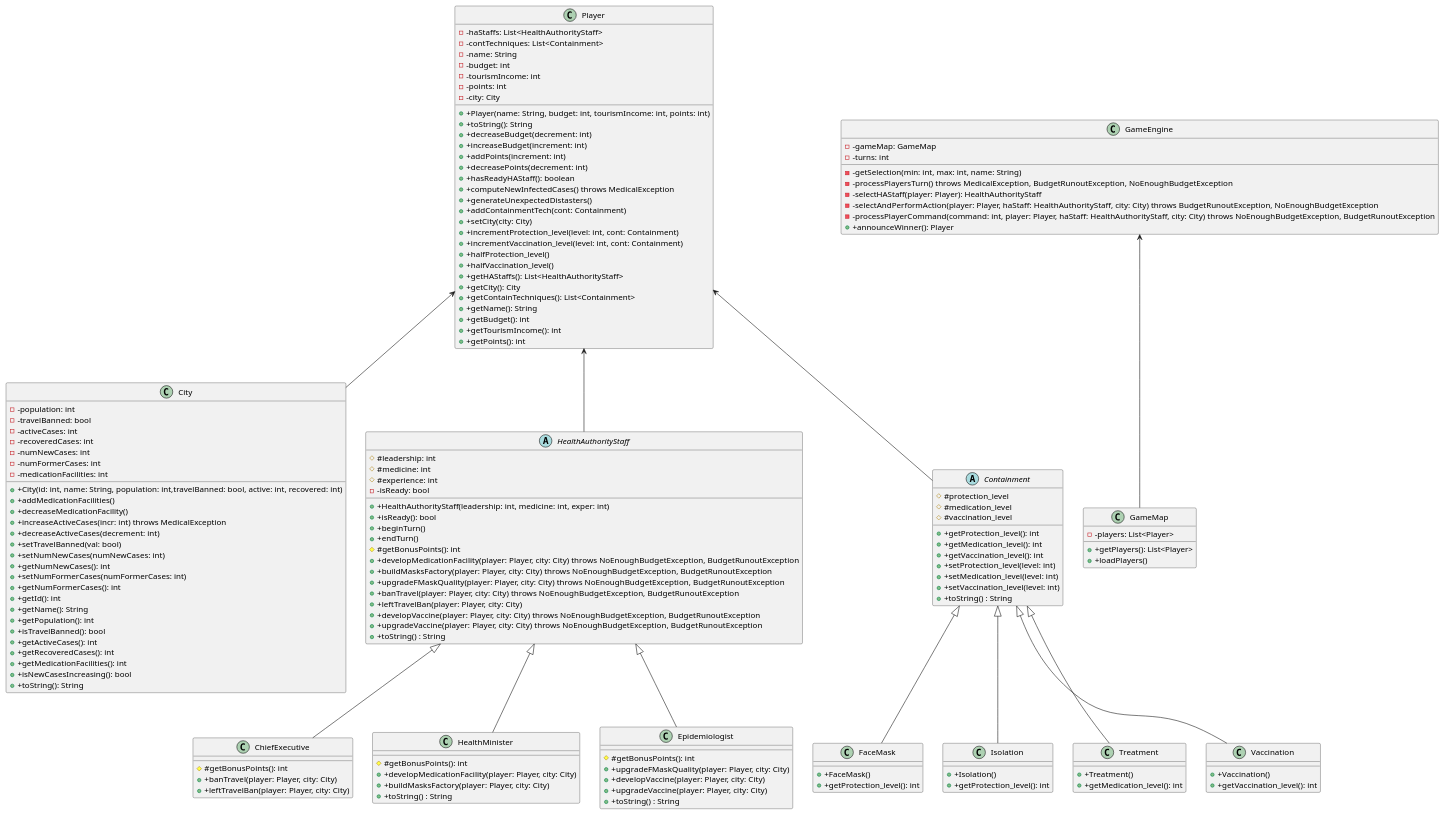
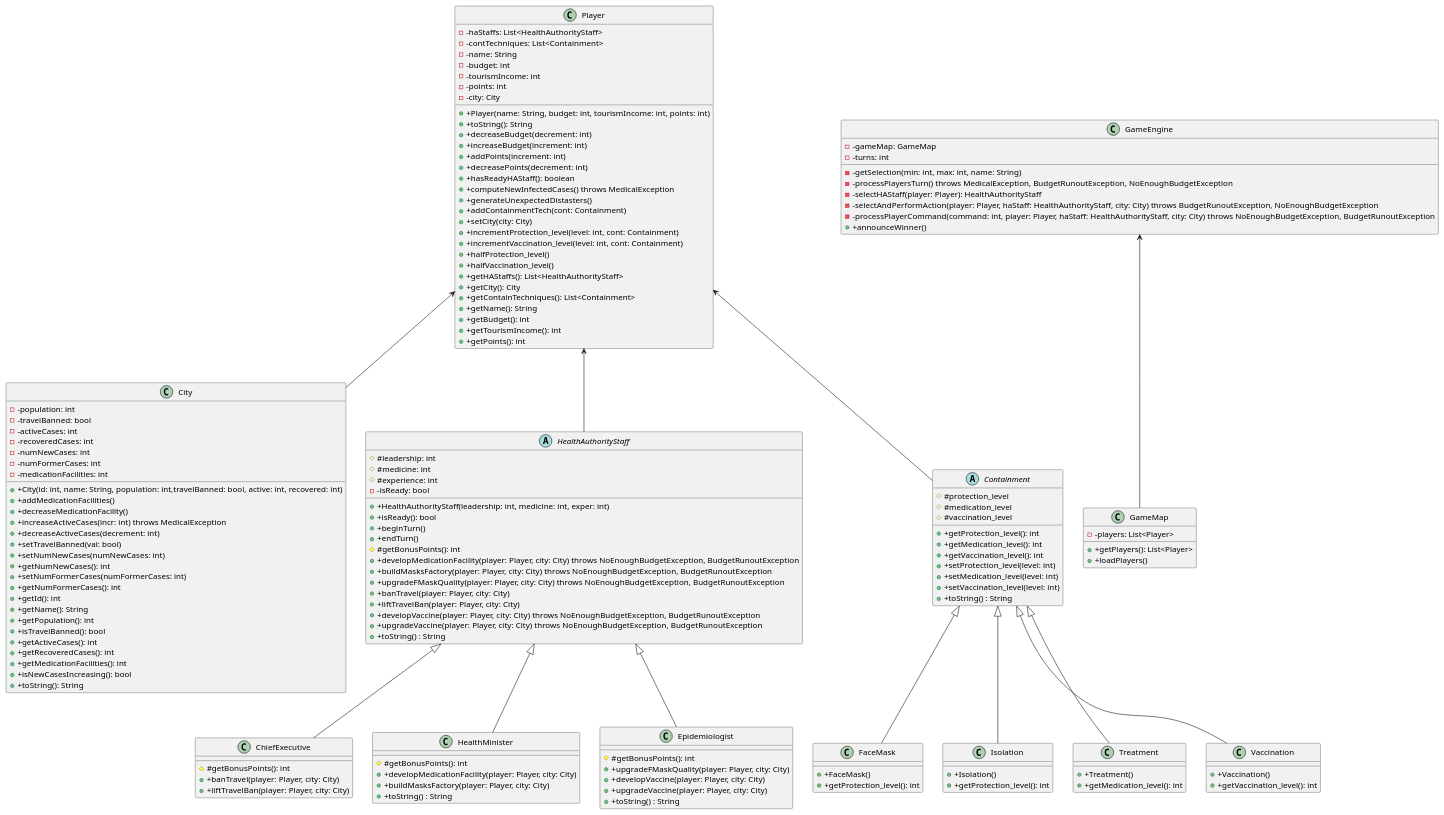
One commit to ahmad-hl/comp3021-corona-spring2021 changed the diagram in engine.puml. Above: the diagram before and after it, drawn with PlantUML. The commit also changed 8 other files, not shown here.

Commit message:
update CEOofHA: update banTravel method, update increase decrease formulas, update UML.

```diff
--- a/engine.puml
+++ b/engine.puml
@@ -1,162 +1,162 @@
 @startuml
 'https://plantuml.com/class-diagram
 class City{
 - -population: int
 - -travelBanned: bool
 - -activeCases: int
 - -recoveredCases: int
 - -numNewCases: int
 - -numFormerCases: int
 - -medicationFacilities: int
 
 + +City(id: int, name: String, population: int,travelBanned: bool, active: int, recovered: int)
 + +addMedicationFacilities()
 + +decreaseMedicationFacility()
 + +increaseActiveCases(incr: int) throws MedicalException
 + +decreaseActiveCases(decrement: int)
 + +setTravelBanned(val: bool)
 + +setNumNewCases(numNewCases: int)
 + +getNumNewCases(): int
 + +setNumFormerCases(numFormerCases: int)
 + +getNumFormerCases(): int
 + +getId(): int
 + +getName(): String
 + +getPopulation(): int
 + +isTravelBanned(): bool
 + +getActiveCases(): int
 + +getRecoveredCases(): int
 + +getMedicationFacilities(): int
 + +isNewCasesIncreasing(): bool
 + +toString(): String
 }
 
 class Player{
 - -haStaffs: List<HealthAuthorityStaff>
 - -contTechniques: List<Containment>
 - -name: String
 - -budget: int
 - -tourismIncome: int
 - -points: int
 - -city: City
 + +Player(name: String, budget: int, tourismIncome: int, points: int)
 + +toString(): String
 + +decreaseBudget(decrement: int)
 + +increaseBudget(increment: int)
 + +addPoints(increment: int)
 + +decreasePoints(decrement: int)
 + +hasReadyHAStaff(): boolean
 + +computeNewInfectedCases() throws MedicalException
 + +generateUnexpectedDistasters()
 + +addContainmentTech(cont: Containment)
 + +setCity(city: City)
 + +incrementProtection_level(level: int, cont: Containment)
 + +incrementVaccination_level(level: int, cont: Containment)
 + +halfProtection_level()
 + +halfVaccination_level()
 + +getHAStaffs(): List<HealthAuthorityStaff>
 + +getCity(): City
 + +getContainTechniques(): List<Containment>
 + +getName(): String
 + +getBudget(): int
 + +getTourismIncome(): int
 + +getPoints(): int
 }
 
 class GameEngine{
 - -gameMap: GameMap
 - -turns: int
 - -getSelection(min: int, max: int, name: String)
 - -processPlayersTurn() throws MedicalException, BudgetRunoutException, NoEnoughBudgetException
 - -selectHAStaff(player: Player): HealthAuthorityStaff
 - -selectAndPerformAction(player: Player, haStaff: HealthAuthorityStaff, city: City) throws BudgetRunoutException, NoEnoughBudgetException
 - -processPlayerCommand(command: int, player: Player, haStaff: HealthAuthorityStaff, city: City) throws NoEnoughBudgetException, BudgetRunoutException
-+ +announceWinner(): Player
++ +announceWinner()
 }
 
 class GameMap{
 - -players: List<Player>
 + +getPlayers(): List<Player>
 + +loadPlayers()
 }
 
 abstract class HealthAuthorityStaff{
 # #leadership: int
 # #medicine: int
 # #experience: int
 - -isReady: bool
 + +HealthAuthorityStaff(leadership: int, medicine: int, exper: int)
 + +isReady(): bool
 + +beginTurn()
 + +endTurn()
 # #getBonusPoints(): int
 + +developMedicationFacility(player: Player, city: City) throws NoEnoughBudgetException, BudgetRunoutException
 + +buildMasksFactory(player: Player, city: City) throws NoEnoughBudgetException, BudgetRunoutException
 + +upgradeFMaskQuality(player: Player, city: City) throws NoEnoughBudgetException, BudgetRunoutException
-+ +banTravel(player: Player, city: City) throws NoEnoughBudgetException, BudgetRunoutException
-+ +leftTravelBan(player: Player, city: City)
++ +banTravel(player: Player, city: City)
++ +liftTravelBan(player: Player, city: City)
 + +developVaccine(player: Player, city: City) throws NoEnoughBudgetException, BudgetRunoutException
 + +upgradeVaccine(player: Player, city: City) throws NoEnoughBudgetException, BudgetRunoutException
 + +toString() : String
 }
 
 class ChiefExecutive{
 # #getBonusPoints(): int
 + +banTravel(player: Player, city: City)
-+ +leftTravelBan(player: Player, city: City)
++ +liftTravelBan(player: Player, city: City)
 }
 class HealthMinister{
 # #getBonusPoints(): int
 + +developMedicationFacility(player: Player, city: City)
 + +buildMasksFactory(player: Player, city: City)
 + +toString() : String
 }
 class Epidemiologist{
 # #getBonusPoints(): int
 + +upgradeFMaskQuality(player: Player, city: City)
 + +developVaccine(player: Player, city: City)
 + +upgradeVaccine(player: Player, city: City)
 + +toString() : String
 }
 HealthAuthorityStaff <|-- ChiefExecutive
 HealthAuthorityStaff <|-- HealthMinister
 HealthAuthorityStaff <|-- Epidemiologist
 
 abstract class Containment{
 # #protection_level
 # #medication_level
 # #vaccination_level
 + +getProtection_level(): int
 + +getMedication_level(): int
 + +getVaccination_level(): int
 + +setProtection_level(level: int)
 + +setMedication_level(level: int)
 + +setVaccination_level(level: int)
 + +toString() : String
 }
 
 class FaceMask{
 + +FaceMask()
 + +getProtection_level(): int
 }
 class Isolation{
 + +Isolation()
 + +getProtection_level(): int
 }
 class Treatment{
 + +Treatment()
 + +getMedication_level(): int
 }
 class Vaccination{
 + +Vaccination()
 + +getVaccination_level(): int
 }
 Containment <|-- FaceMask
 Containment <|-- Isolation
 Containment <|-- Treatment
 Containment <|-- Vaccination
 
 Player <-- City
 Player <-- Containment
 Player <-- HealthAuthorityStaff
 GameEngine <-- GameMap
 @enduml
```
